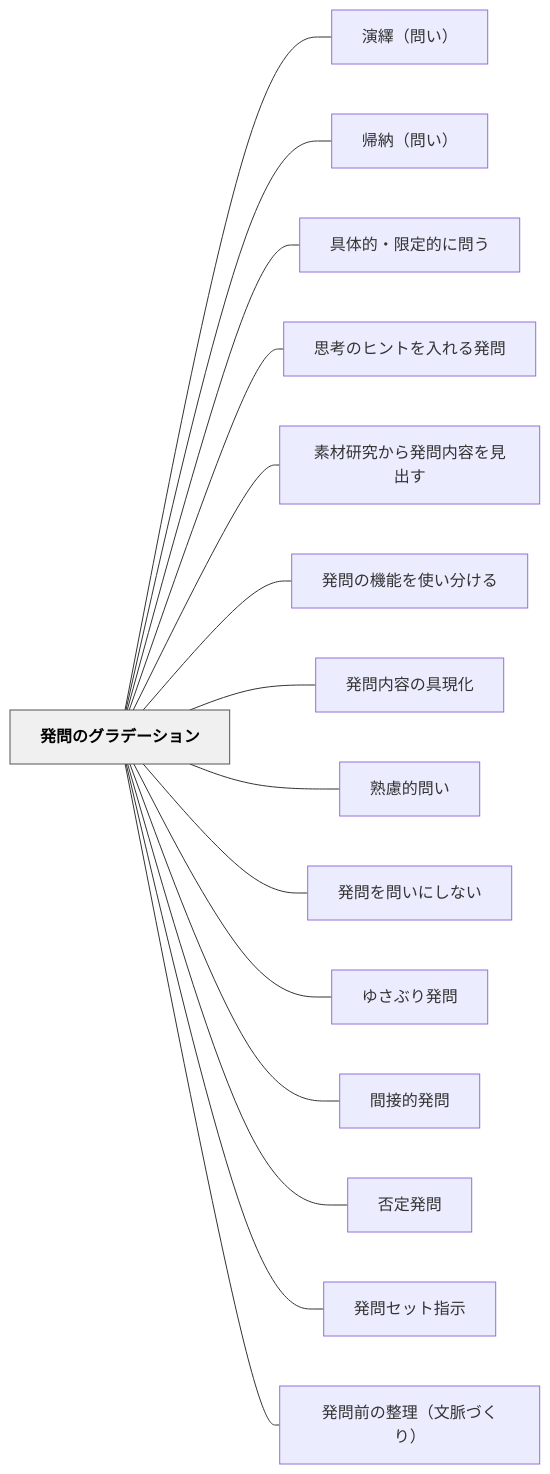
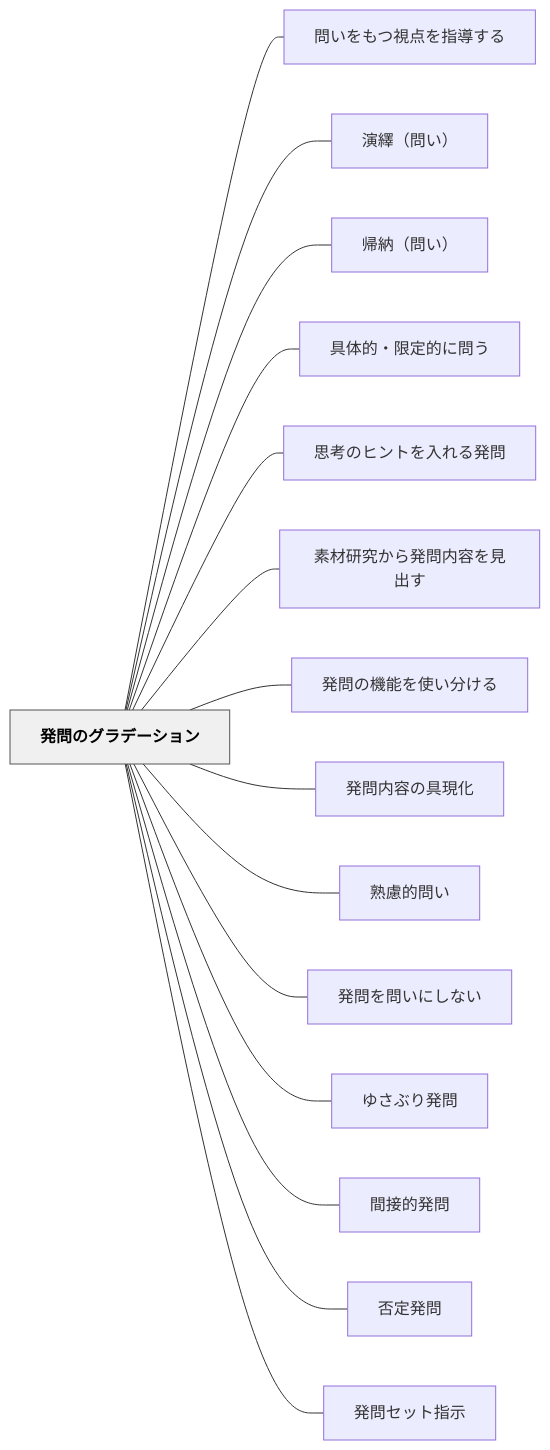
One commit to unknownthings-ed-patterns/unknownthings-ed-patterns changed the diagram in content/パタン/発問のグラデーション.md. Above: the diagram before and after it, drawn with Mermaid. The commit also changed other lines of this file and 11 other files, not shown here.

````diff
--- a/content/パタン/発問のグラデーション.md
+++ b/content/パタン/発問のグラデーション.md
@@ -92,36 +93,36 @@
 ```mermaid
 flowchart LR
     ne799bae5958fe381aee382b0e383a9e38387e383bce382b7e383a7e383b3["発問のグラデーション"]
+    ne5958fe38184e38292e38282e381a4e8a696e782b9e38292e68c87e5b08ee38199e3828b["問いをもつ視点を指導する"]
     ne6bc94e7b9b9efbc88e5958fe38184efbc89["演繹（問い）"]
     ne5b8b0e7b48defbc88e5958fe38184efbc89["帰納（問い）"]
     ne585b7e4bd93e79a84e383bbe99990e5ae9ae79a84e381abe5958fe38186["具体的・限定的に問う"]
     ne6809de88083e381aee38392e383b3e38388e38292e585a5e3828ce3828be799bae5958f["思考のヒントを入れる発問"]
     ne7b4a0e69d90e7a094e7a9b6e3818be38289e799bae5958fe58685e5aeb9e38292e8a68be587bae38199["素材研究から発問内容を見出す"]
     ne799bae5958fe381aee6a99fe883bde38292e4bdbfe38184e58886e38191e3828b["発問の機能を使い分ける"]
     ne799bae5958fe58685e5aeb9e381aee585b7e78fbee58c96["発問内容の具現化"]
     ne7869fe685aee79a84e5958fe38184["熟慮的問い"]
     ne799bae5958fe38292e5958fe38184e381abe38197e381aae38184["発問を問いにしない"]
     ne38286e38195e381b6e3828ae799bae5958f["ゆさぶり発問"]
     ne99693e68ea5e79a84e799bae5958f["間接的発問"]
     ne590a6e5ae9ae799bae5958f["否定発問"]
     ne799bae5958fe382bbe38383e38388e68c87e7a4ba["発問セット指示"]
-    ne799bae5958fe5898de381aee695b4e79086efbc88e69687e88488e381a5e3818fe3828aefbc89["発問前の整理（文脈づくり）"]
 
+    ne799bae5958fe381aee382b0e383a9e38387e383bce382b7e383a7e383b3 --- ne5958fe38184e38292e38282e381a4e8a696e782b9e38292e68c87e5b08ee38199e3828b
     ne799bae5958fe381aee382b0e383a9e38387e383bce382b7e383a7e383b3 --- ne6bc94e7b9b9efbc88e5958fe38184efbc89
     ne799bae5958fe381aee382b0e383a9e38387e383bce382b7e383a7e383b3 --- ne5b8b0e7b48defbc88e5958fe38184efbc89
     ne799bae5958fe381aee382b0e383a9e38387e383bce382b7e383a7e383b3 --- ne585b7e4bd93e79a84e383bbe99990e5ae9ae79a84e381abe5958fe38186
     ne799bae5958fe381aee382b0e383a9e38387e383bce382b7e383a7e383b3 --- ne6809de88083e381aee38392e383b3e38388e38292e585a5e3828ce3828be799bae5958f
     ne799bae5958fe381aee382b0e383a9e38387e383bce382b7e383a7e383b3 --- ne7b4a0e69d90e7a094e7a9b6e3818be38289e799bae5958fe58685e5aeb9e38292e8a68be587bae38199
     ne799bae5958fe381aee382b0e383a9e38387e383bce382b7e383a7e383b3 --- ne799bae5958fe381aee6a99fe883bde38292e4bdbfe38184e58886e38191e3828b
     ne799bae5958fe381aee382b0e383a9e38387e383bce382b7e383a7e383b3 --- ne799bae5958fe58685e5aeb9e381aee585b7e78fbee58c96
     ne799bae5958fe381aee382b0e383a9e38387e383bce382b7e383a7e383b3 --- ne7869fe685aee79a84e5958fe38184
     ne799bae5958fe381aee382b0e383a9e38387e383bce382b7e383a7e383b3 --- ne799bae5958fe38292e5958fe38184e381abe38197e381aae38184
     ne799bae5958fe381aee382b0e383a9e38387e383bce382b7e383a7e383b3 --- ne38286e38195e381b6e3828ae799bae5958f
     ne799bae5958fe381aee382b0e383a9e38387e383bce382b7e383a7e383b3 --- ne99693e68ea5e79a84e799bae5958f
     ne799bae5958fe381aee382b0e383a9e38387e383bce382b7e383a7e383b3 --- ne590a6e5ae9ae799bae5958f
     ne799bae5958fe381aee382b0e383a9e38387e383bce382b7e383a7e383b3 --- ne799bae5958fe382bbe38383e38388e68c87e7a4ba
-    ne799bae5958fe381aee382b0e383a9e38387e383bce382b7e383a7e383b3 --- ne799bae5958fe5898de381aee695b4e79086efbc88e69687e88488e381a5e3818fe3828aefbc89
 
     classDef hub fill:#f0f0f0,stroke:#555,color:#000,font-weight:bold
     class ne799bae5958fe381aee382b0e383a9e38387e383bce382b7e383a7e383b3 hub
 ```
````
